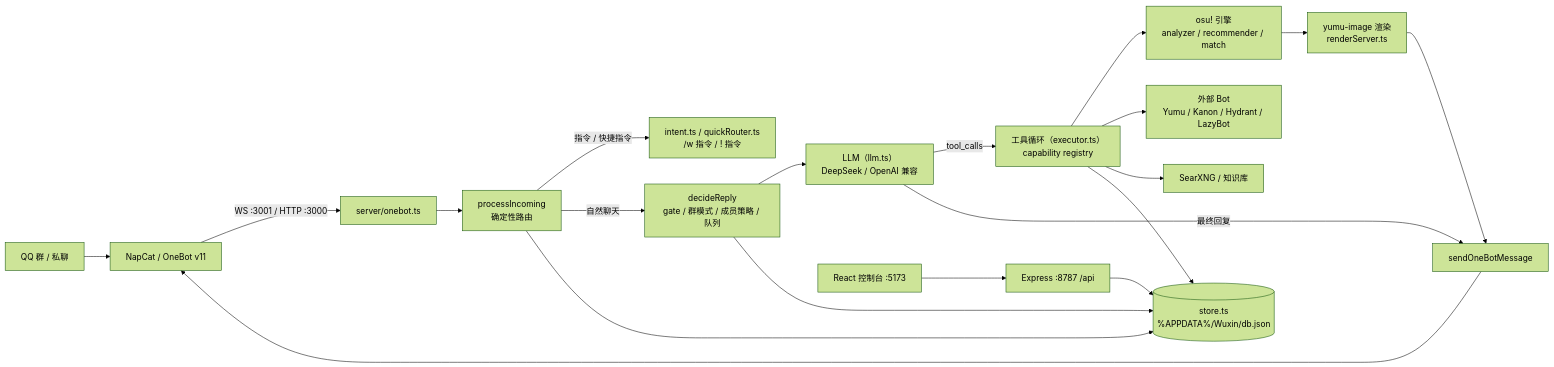
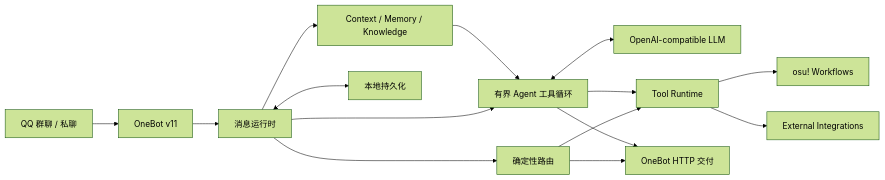
One commit to GH-Wuxin/WuxinBot changed the diagram in README.md. Above: the diagram before and after it, drawn with Mermaid (forest theme). The commit also changed other lines of this file, not shown here.

````diff
--- a/README.md
+++ b/README.md
@@ -71,23 +19,17 @@
 ```mermaid
 flowchart LR
-    QQ["QQ 群 / 私聊"] --> NAP["NapCat / OneBot v11"]
-    NAP -->|"WS :3001 / HTTP :3000"| ONEBOT["server/onebot.ts"]
-    ONEBOT --> PROC["processIncoming<br/>确定性路由"]
-    PROC -->|"指令 / 快捷指令"| ROUTE["intent.ts / quickRouter.ts<br/>/w 指令 / ! 指令"]
-    PROC -->|"自然聊天"| DECIDE["decideReply<br/>gate / 群模式 / 成员策略 / 队列"]
-    DECIDE --> LLM["LLM（llm.ts）<br/>DeepSeek / OpenAI 兼容"]
-    LLM -->|"tool_calls"| EXEC["工具循环（executor.ts）<br/>capability registry"]
-    EXEC --> OSU["osu! 引擎<br/>analyzer / recommender / match"]
-    EXEC --> BOTS["外部 Bot<br/>Yumu / Kanon / Hydrant / LazyBot"]
-    EXEC --> EXT["SearXNG / 知识库"]
-    OSU --> RENDER["yumu-image 渲染<br/>renderServer.ts"]
-    LLM -->|"最终回复"| SEND["sendOneBotMessage"]
-    RENDER --> SEND
-    SEND --> NAP
-    DB[("store.ts<br/>%APPDATA%/Wuxin/db.json")]
-    PROC --> DB
-    DECIDE --> DB
-    EXEC --> DB
-    GUI["React 控制台 :5173"] --> API["Express :8787 /api"]
-    API --> DB
+    QQ["QQ 群聊 / 私聊"] --> OB["OneBot v11"]
+    OB --> RT["消息运行时"]
+    RT --> ROUTE["确定性路由"]
+    RT --> LOOP["有界 Agent 工具循环"]
+    LOOP <--> LLM["OpenAI-compatible LLM"]
+    RT --> CONTEXT["Context / Memory / Knowledge"]
+    CONTEXT --> LOOP
+    ROUTE --> TOOLS["Tool Runtime"]
+    LOOP --> TOOLS
+    TOOLS --> OSU["osu! Workflows"]
+    TOOLS --> EXT["External Integrations"]
+    ROUTE --> DELIVERY["OneBot HTTP 交付"]
+    LOOP --> DELIVERY
+    RT <--> STORE["本地持久化"]
 ```
````
